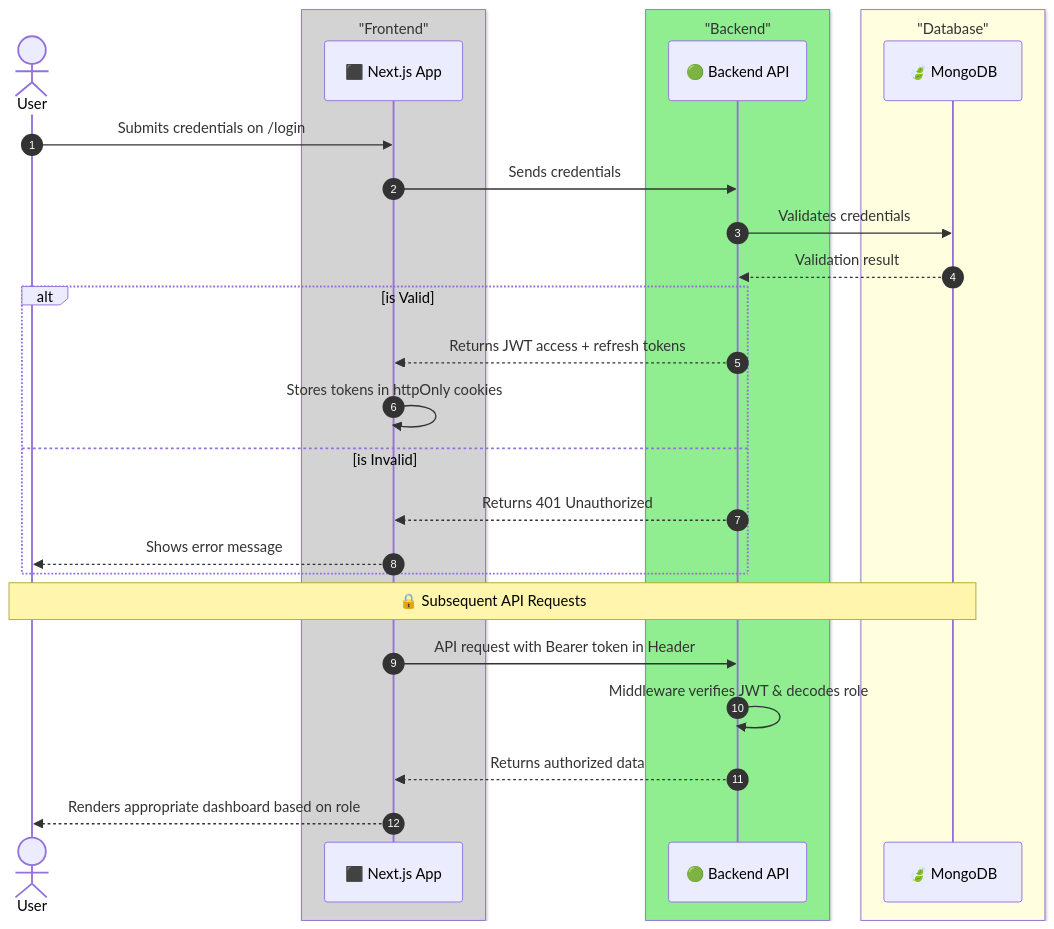
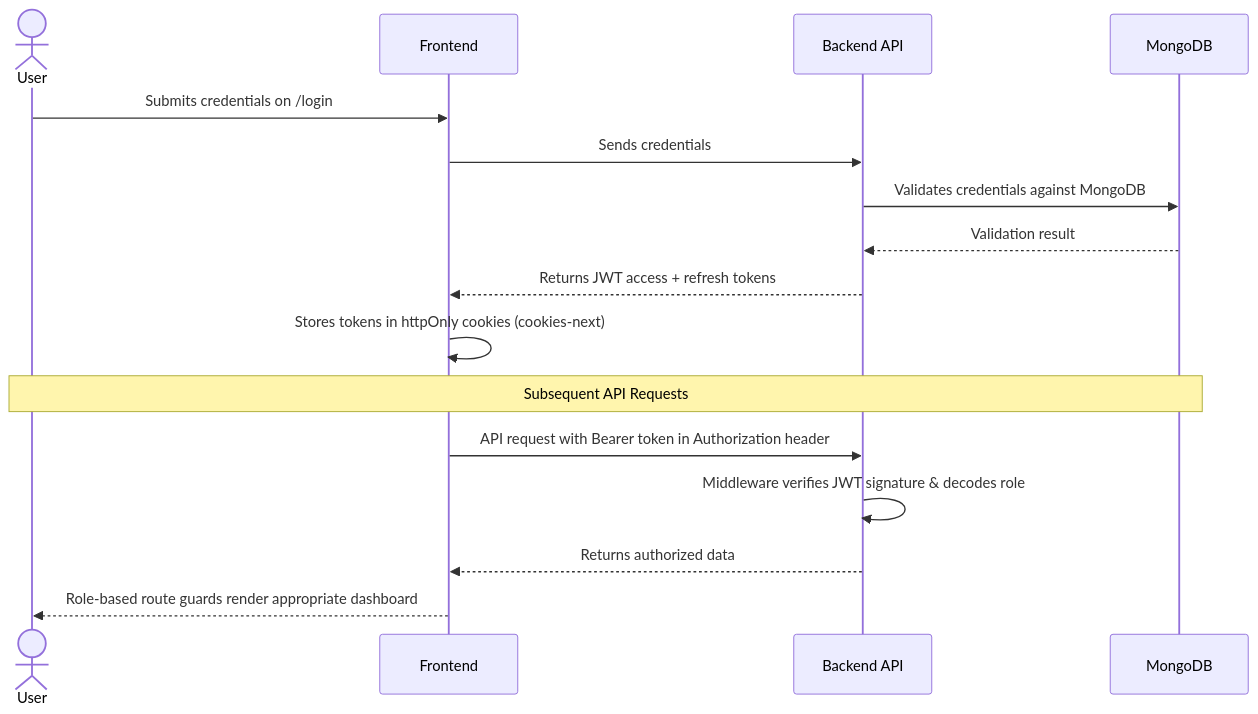
Before and after one commit to SiratimMChy/Writeflow-AI: the third of 4 diagrams in README.md, drawn with Mermaid. The commit also changed other lines of this file, not shown here.

First line of the commit message:
Refactor Software Architecture and flow diagrams

````diff
--- a/README.md
+++ b/README.md
@@ -314,36 +289,21 @@
 ```mermaid
 sequenceDiagram
-    autonumber
     actor User
-    
-    box LightGray "Frontend"
-        participant Frontend as ⬛ Next.js App
-    end
-    
-    box LightGreen "Backend"
-        participant Backend as 🟢 Backend API
-    end
-    
-    box LightYellow "Database"
-        participant DB as 🍃 MongoDB
-    end
+    participant Frontend
+    participant Backend as Backend API
+    participant DB as MongoDB
     
     User->>Frontend: Submits credentials on /login
     Frontend->>Backend: Sends credentials
-    Backend->>DB: Validates credentials
+    Backend->>DB: Validates credentials against MongoDB
     DB-->>Backend: Validation result
+    Backend-->>Frontend: Returns JWT access + refresh tokens
+    Frontend->>Frontend: Stores tokens in httpOnly cookies (cookies-next)
     
-    alt is Valid
-        Backend-->>Frontend: Returns JWT access + refresh tokens
-        Frontend->>Frontend: Stores tokens in httpOnly cookies
-    else is Invalid
-        Backend-->>Frontend: Returns 401 Unauthorized
-        Frontend-->>User: Shows error message
-    end
-    
-    Note over User,DB: 🔒 Subsequent API Requests
-    Frontend->>Backend: API request with Bearer token in Header
-    Backend->>Backend: Middleware verifies JWT & decodes role
+    Note over User,DB: Subsequent API Requests
+    Frontend->>Backend: API request with Bearer token in Authorization header
+    Backend->>Backend: Middleware verifies JWT signature & decodes role
     Backend-->>Frontend: Returns authorized data
-    Frontend-->>User: Renders appropriate dashboard based on role
+    Frontend-->>User: Role-based route guards render appropriate dashboard
+
 ```
````
